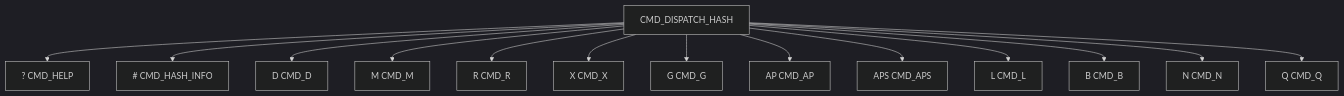
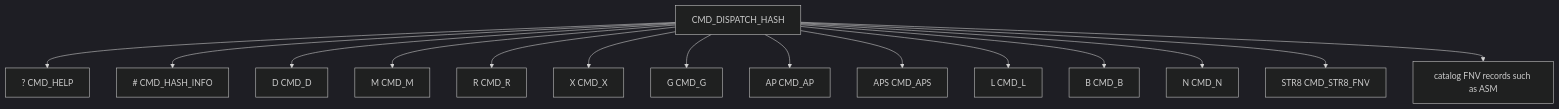
The seventh of 19 diagrams in DOC/GUIDES/HIMON/HIMON_MAP.md (95westus/R-YORS), drawn with Mermaid (dark theme) before and after one commit. The commit also changed other lines of this file and 94 other files, not shown here.

````diff
--- a/DOC/GUIDES/HIMON/HIMON_MAP.md
+++ b/DOC/GUIDES/HIMON/HIMON_MAP.md
@@ -155,16 +155,17 @@
 ```mermaid
 flowchart TD
     DISPATCH[CMD_DISPATCH_HASH] --> HELP[? CMD_HELP]
     DISPATCH --> HASHINFO[# CMD_HASH_INFO]
     DISPATCH --> D[D CMD_D]
     DISPATCH --> M[M CMD_M]
     DISPATCH --> R[R CMD_R]
     DISPATCH --> X[X CMD_X]
     DISPATCH --> G[G CMD_G]
     DISPATCH --> AP[AP CMD_AP]
     DISPATCH --> APS[APS CMD_APS]
     DISPATCH --> L[L CMD_L]
     DISPATCH --> B[B CMD_B]
     DISPATCH --> N[N CMD_N]
-    DISPATCH --> Q[Q CMD_Q]
+    DISPATCH --> STR8[STR8 CMD_STR8_FNV]
+    DISPATCH --> EXTERNAL[catalog FNV records such as ASM]
 ```
````
